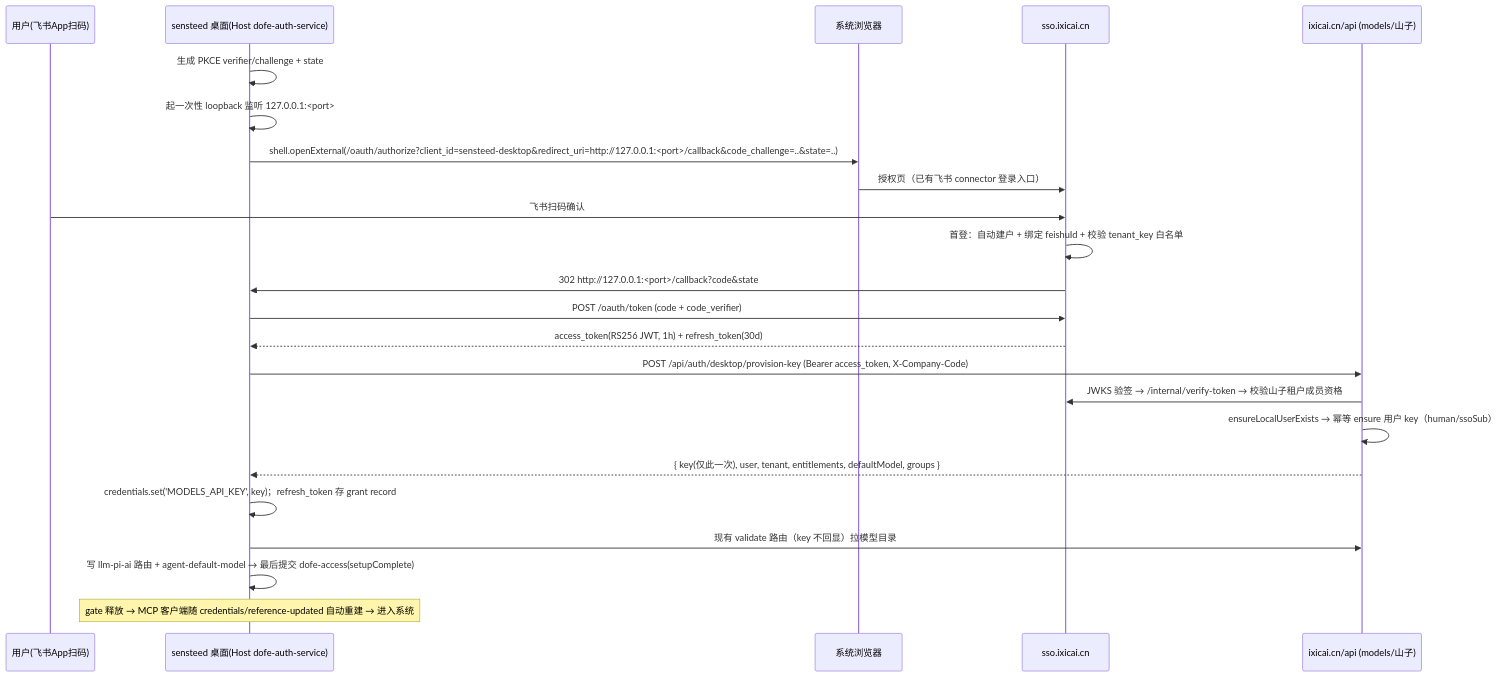
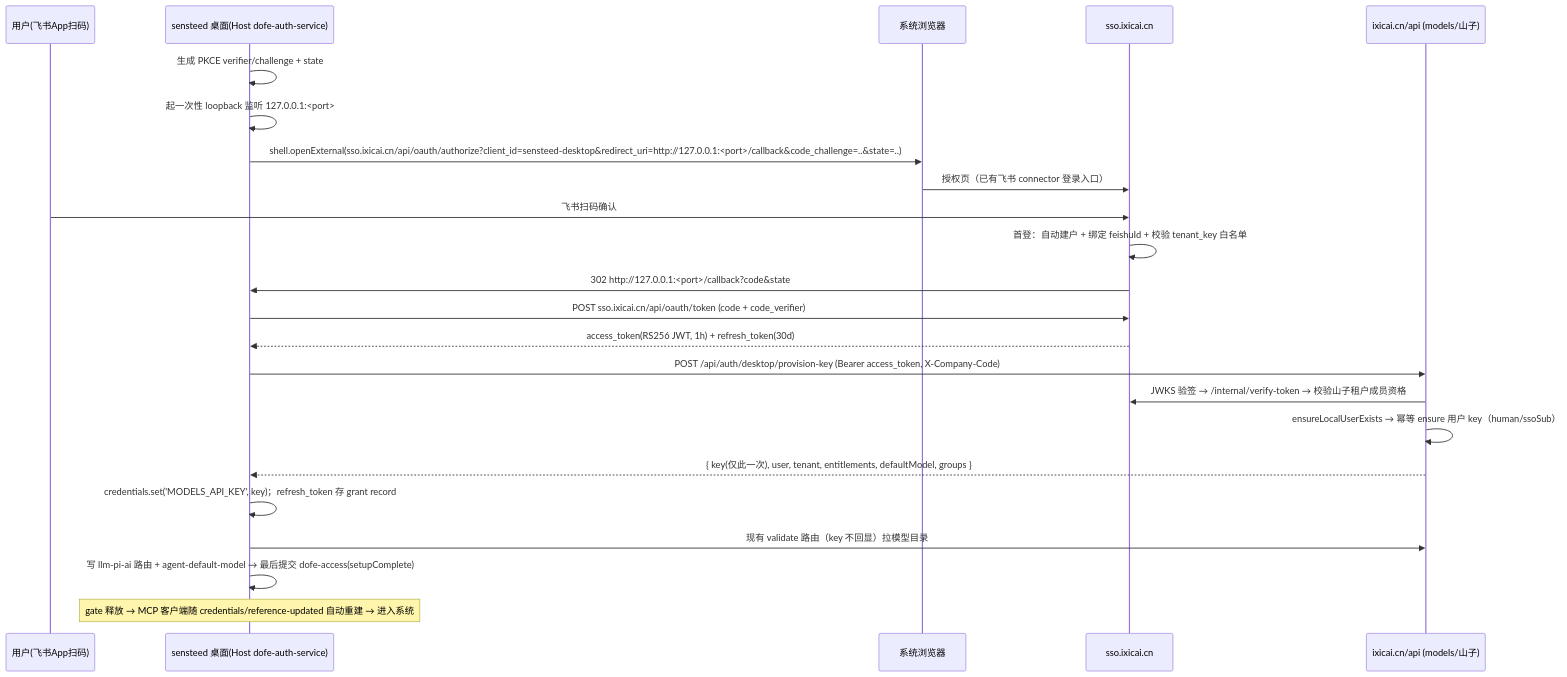
The diagram in docs/0920/02-总体方案设计.md (iTechwu/dsh-desktop), drawn with Mermaid before and after one commit. The commit also changed other lines of this file and 3 other files, not shown here.

````diff
--- a/docs/0920/02-总体方案设计.md
+++ b/docs/0920/02-总体方案设计.md
@@ -31,26 +33,26 @@
 ```mermaid
 sequenceDiagram
     participant U as 用户(飞书App扫码)
     participant D as sensteed 桌面(Host dofe-auth-service)
     participant B as 系统浏览器
     participant S as sso.ixicai.cn
     participant M as ixicai.cn/api (models/山子)
 
     D->>D: 生成 PKCE verifier/challenge + state
     D->>D: 起一次性 loopback 监听 127.0.0.1:<port>
-    D->>B: shell.openExternal(/oauth/authorize?client_id=sensteed-desktop&redirect_uri=http://127.0.0.1:<port>/callback&code_challenge=..&state=..)
+    D->>B: shell.openExternal(sso.ixicai.cn/api/oauth/authorize?client_id=sensteed-desktop&redirect_uri=http://127.0.0.1:<port>/callback&code_challenge=..&state=..)
     B->>S: 授权页（已有飞书 connector 登录入口）
     U->>S: 飞书扫码确认
     S->>S: 首登：自动建户 + 绑定 feishuId + 校验 tenant_key 白名单
     S->>D: 302 http://127.0.0.1:<port>/callback?code&state
-    D->>S: POST /oauth/token (code + code_verifier)
+    D->>S: POST sso.ixicai.cn/api/oauth/token (code + code_verifier)
     S-->>D: access_token(RS256 JWT, 1h) + refresh_token(30d)
     D->>M: POST /api/auth/desktop/provision-key (Bearer access_token, X-Company-Code)
     M->>S: JWKS 验签 → /internal/verify-token → 校验山子租户成员资格
     M->>M: ensureLocalUserExists → 幂等 ensure 用户 key（human/ssoSub）
     M-->>D: { key(仅此一次), user, tenant, entitlements, defaultModel, groups }
     D->>D: credentials.set('MODELS_API_KEY', key)；refresh_token 存 grant record
     D->>M: 现有 validate 路由（key 不回显）拉模型目录
     D->>D: 写 llm-pi-ai 路由 + agent-default-model → 最后提交 dofe-access(setupComplete)
     Note over D: gate 释放 → MCP 客户端随 credentials/reference-updated 自动重建 → 进入系统
 ```
````
